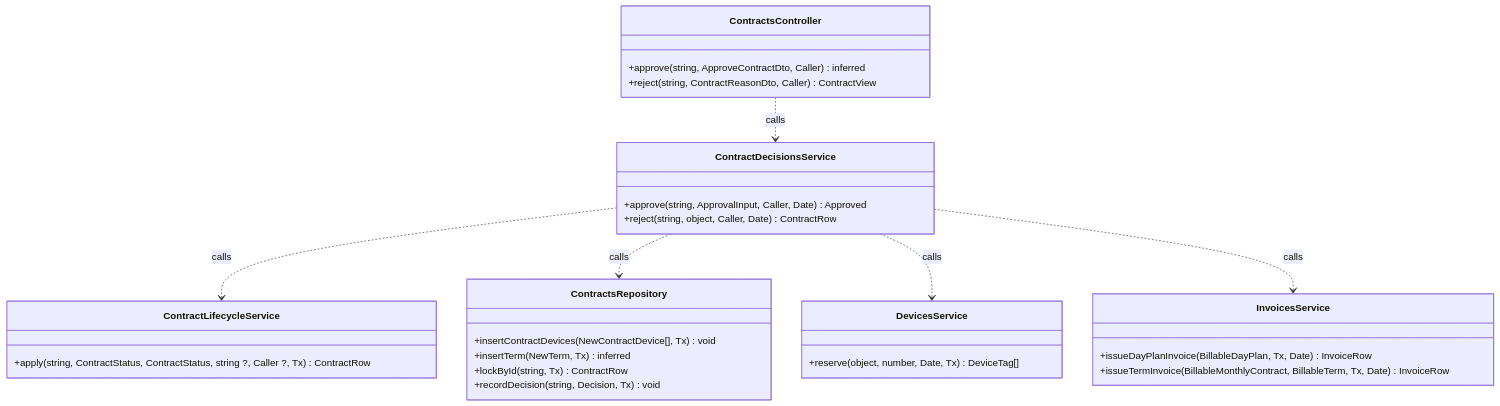
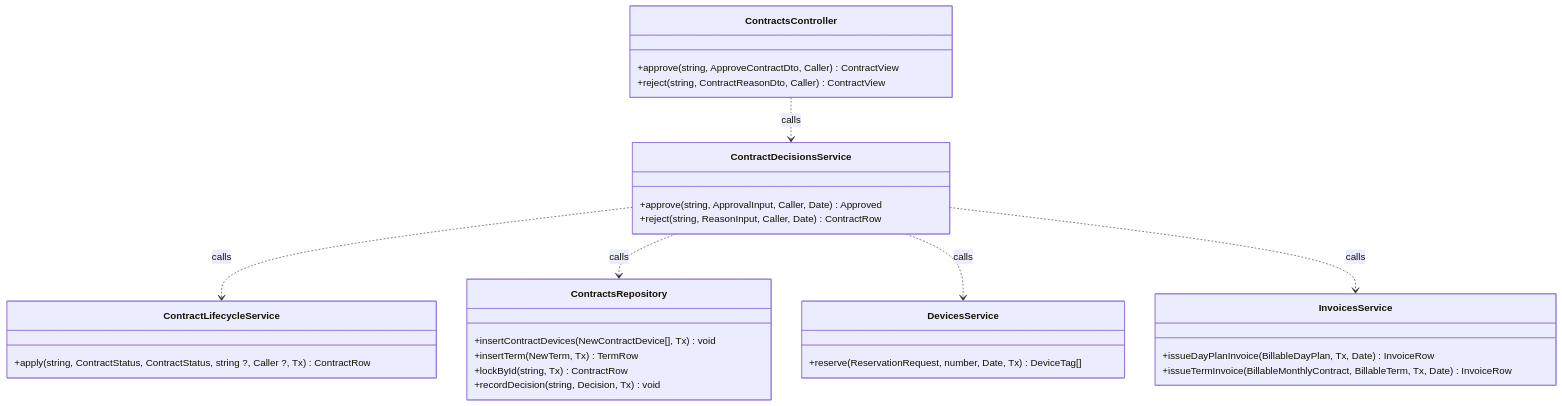
Before and after one commit to TrekLink-Team/treklink-web: the fifth of 29 diagrams in specs/rentals/design.md, drawn with Mermaid. The commit also changed other lines of this file and 2 other files, not shown here.

````diff
--- a/specs/rentals/design.md
+++ b/specs/rentals/design.md
@@ -247,33 +247,33 @@
 ```mermaid
 classDiagram
     direction TB
     class ContractsController {
-        +approve(string, ApproveContractDto, Caller) inferred
+        +approve(string, ApproveContractDto, Caller) ContractView
         +reject(string, ContractReasonDto, Caller) ContractView
     }
     class ContractDecisionsService {
         +approve(string, ApprovalInput, Caller, Date) Approved
-        +reject(string, object, Caller, Date) ContractRow
+        +reject(string, ReasonInput, Caller, Date) ContractRow
     }
     class ContractLifecycleService {
         +apply(string, ContractStatus, ContractStatus, string ?, Caller ?, Tx) ContractRow
     }
     class DevicesService {
-        +reserve(object, number, Date, Tx) DeviceTag[]
+        +reserve(ReservationRequest, number, Date, Tx) DeviceTag[]
     }
     class InvoicesService {
         +issueDayPlanInvoice(BillableDayPlan, Tx, Date) InvoiceRow
         +issueTermInvoice(BillableMonthlyContract, BillableTerm, Tx, Date) InvoiceRow
     }
     class ContractsRepository {
         +insertContractDevices(NewContractDevice[], Tx) void
-        +insertTerm(NewTerm, Tx) inferred
+        +insertTerm(NewTerm, Tx) TermRow
         +lockById(string, Tx) ContractRow
         +recordDecision(string, Decision, Tx) void
     }
     ContractDecisionsService ..> ContractLifecycleService : calls
     ContractDecisionsService ..> ContractsRepository : calls
     ContractDecisionsService ..> DevicesService : calls
     ContractDecisionsService ..> InvoicesService : calls
     ContractsController ..> ContractDecisionsService : calls
 ```
````
